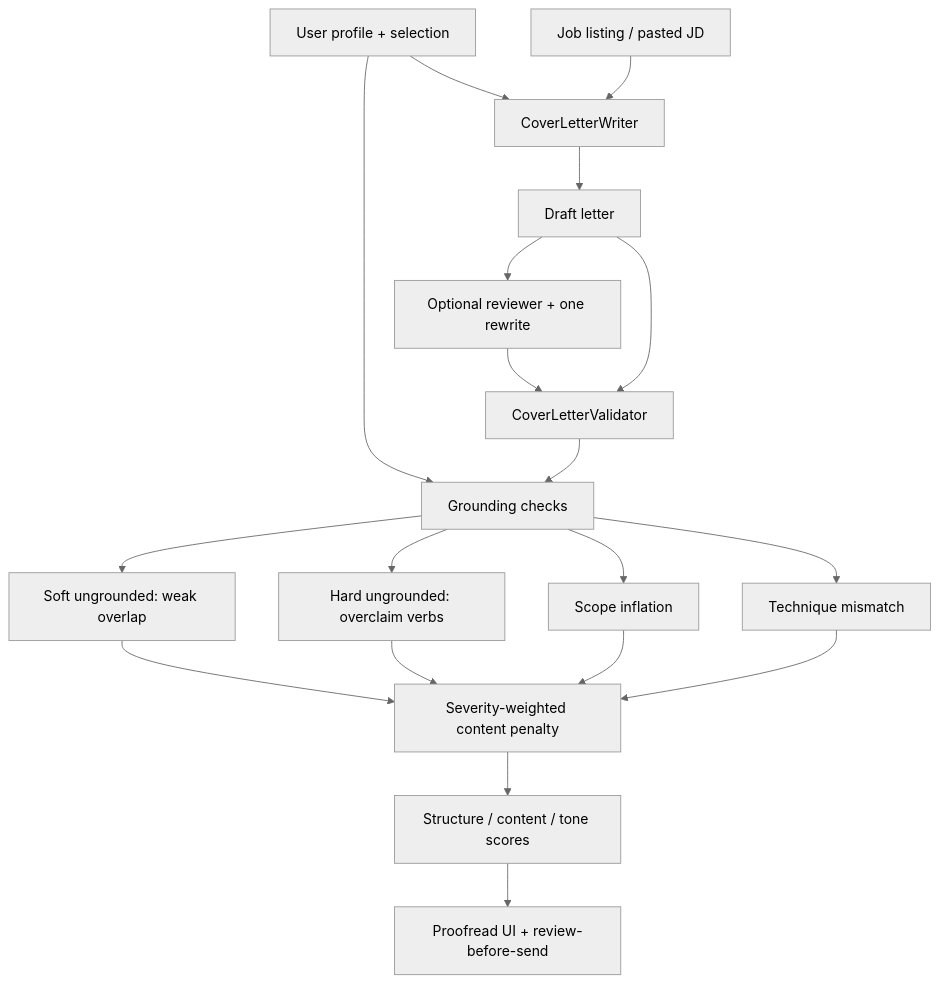
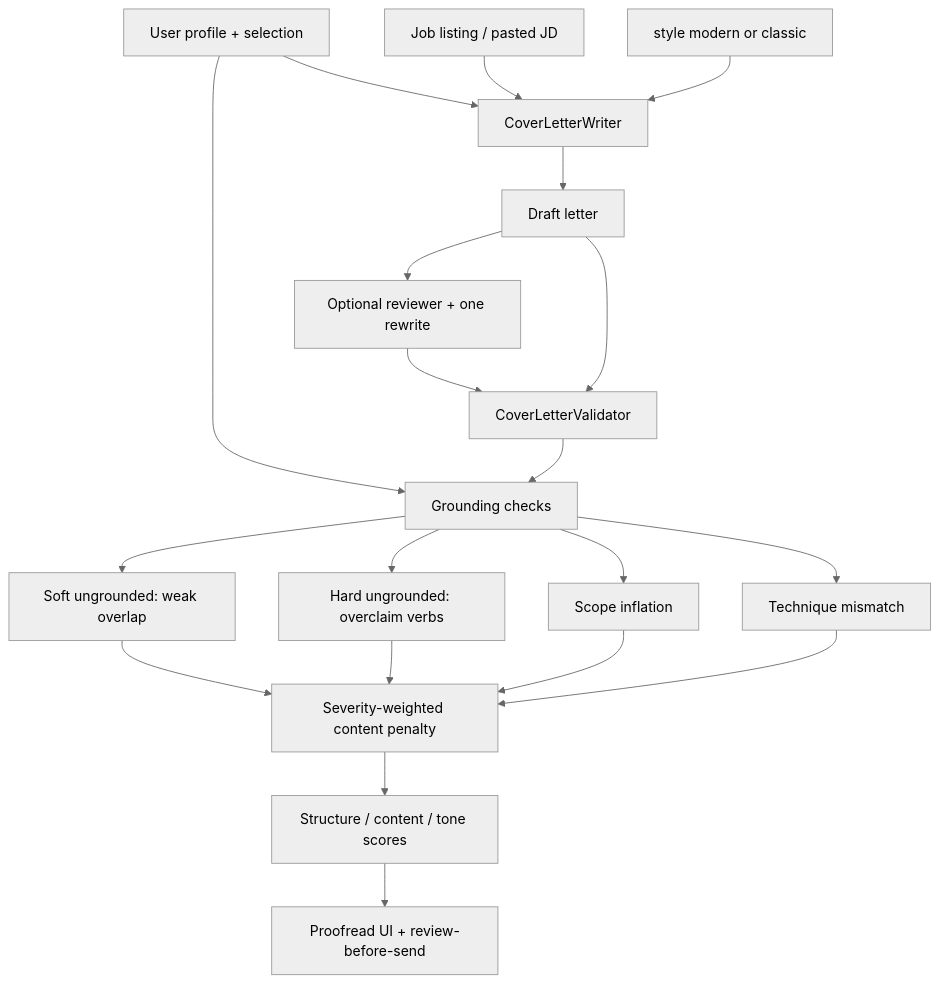
Before and after one commit to neoncircuit/job-raider: diagram 14 of 15 in docs/architecture.md, drawn with Mermaid (neutral theme). The commit also changed other lines of this file and 13 other files, not shown here.

````diff
--- a/docs/architecture.md
+++ b/docs/architecture.md
@@ -704,21 +706,22 @@
 ```mermaid
 flowchart TD
   Profile["User profile + selection"] --> Writer["CoverLetterWriter"]
   Job["Job listing / pasted JD"] --> Writer
+  Style["style modern or classic"] --> Writer
   Writer --> Draft["Draft letter"]
   Draft --> Reviewer["Optional reviewer + one rewrite"]
   Reviewer --> Validator["CoverLetterValidator"]
   Draft --> Validator
   Profile --> Grounding["Grounding checks"]
   Validator --> Grounding
   Grounding --> Soft["Soft ungrounded: weak overlap"]
   Grounding --> Hard["Hard ungrounded: overclaim verbs"]
   Grounding --> Scope["Scope inflation"]
   Grounding --> Tech["Technique mismatch"]
   Soft --> Penalty["Severity-weighted content penalty"]
   Hard --> Penalty
   Scope --> Penalty
   Tech --> Penalty
   Penalty --> Scores["Structure / content / tone scores"]
   Scores --> UI["Proofread UI + review-before-send"]
 ```
````
